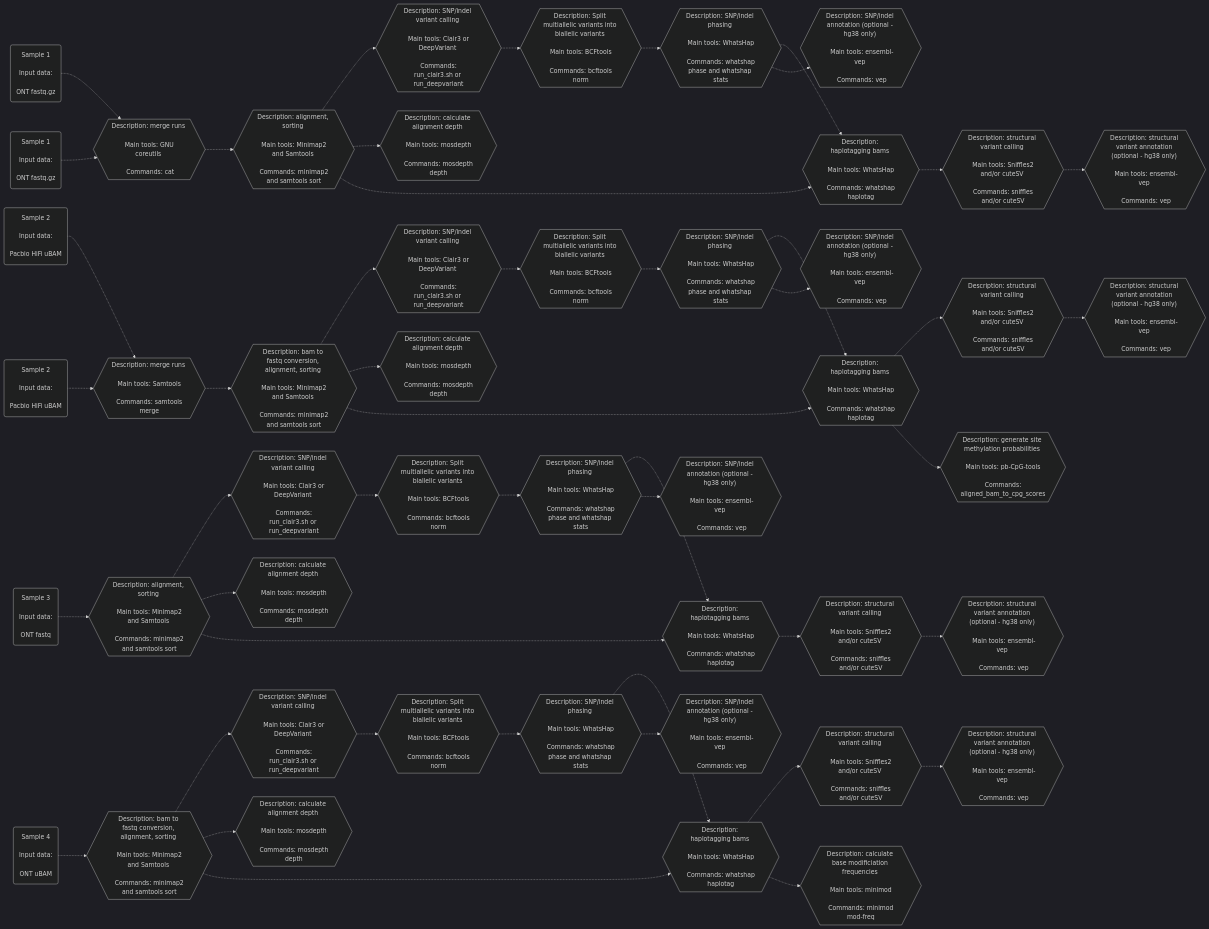
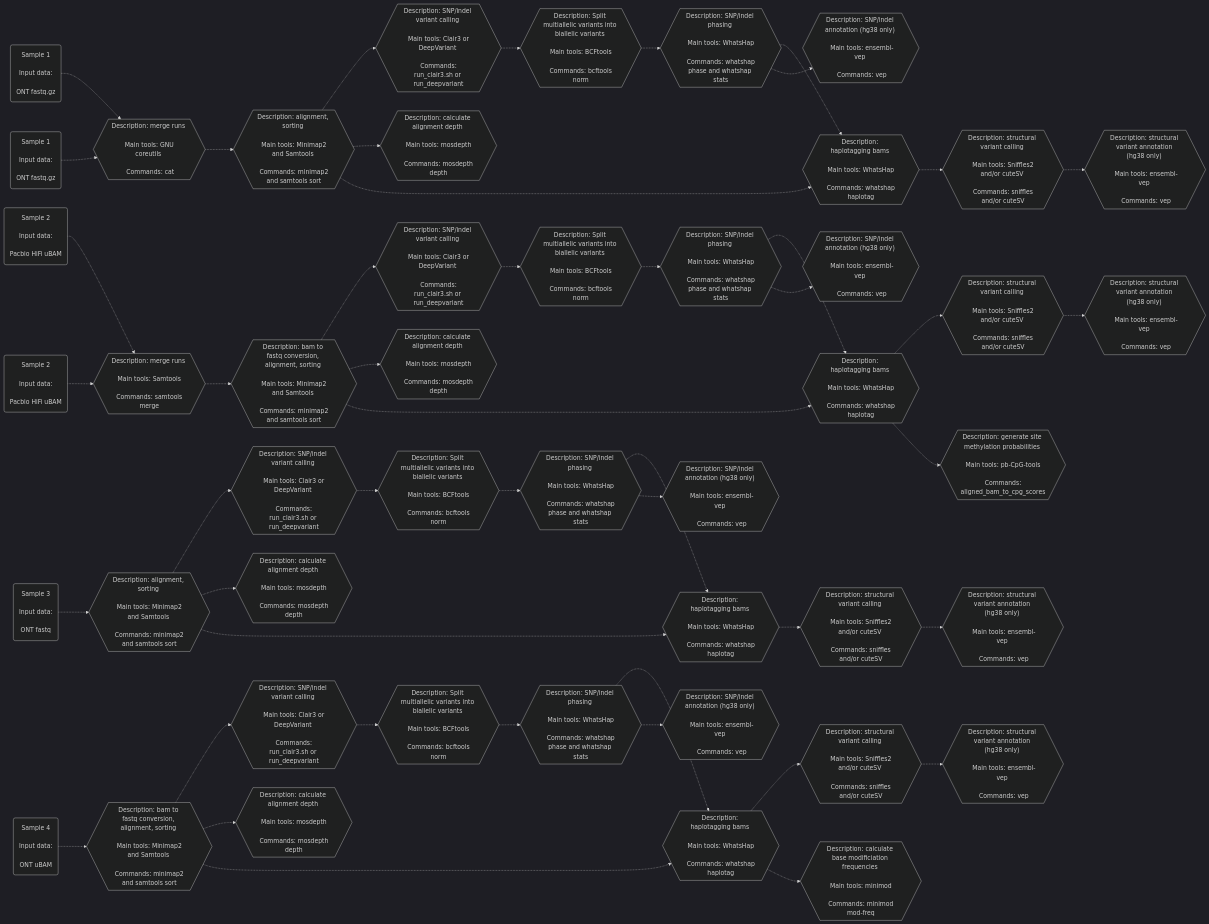
The third of 4 diagrams in README.md (leahkemp/pipeface), drawn with Mermaid before and after one commit. The commit also changed other lines of this file, not shown here.

```diff
--- a/README.md
+++ b/README.md
@@ -122,10 +122,10 @@
 snp_indel_phasing_s3{{"Description: SNP/indel phasing <br><br> Main tools: WhatsHap <br><br> Commands: whatshap phase and whatshap stats"}}
 snp_indel_phasing_s4{{"Description: SNP/indel phasing <br><br> Main tools: WhatsHap <br><br> Commands: whatshap phase and whatshap stats"}}
 
-snp_indel_annotation_s1{{"Description: SNP/indel annotation (optional - hg38 only)" <br><br> Main tools: ensembl-vep <br><br> Commands: vep}}
-snp_indel_annotation_s2{{"Description: SNP/indel annotation (optional - hg38 only)" <br><br> Main tools: ensembl-vep <br><br> Commands: vep}}
-snp_indel_annotation_s3{{"Description: SNP/indel annotation (optional - hg38 only)" <br><br> Main tools: ensembl-vep <br><br> Commands: vep}}
-snp_indel_annotation_s4{{"Description: SNP/indel annotation (optional - hg38 only)" <br><br> Main tools: ensembl-vep <br><br> Commands: vep}}
+snp_indel_annotation_s1{{"Description: SNP/indel annotation (hg38 only)" <br><br> Main tools: ensembl-vep <br><br> Commands: vep}}
+snp_indel_annotation_s2{{"Description: SNP/indel annotation (hg38 only)" <br><br> Main tools: ensembl-vep <br><br> Commands: vep}}
+snp_indel_annotation_s3{{"Description: SNP/indel annotation (hg38 only)" <br><br> Main tools: ensembl-vep <br><br> Commands: vep}}
+snp_indel_annotation_s4{{"Description: SNP/indel annotation (hg38 only)" <br><br> Main tools: ensembl-vep <br><br> Commands: vep}}
 
 haplotagging_s1{{"Description: haplotagging bams <br><br> Main tools: WhatsHap <br><br> Commands: whatshap haplotag"}}
 haplotagging_s2{{"Description: haplotagging bams <br><br> Main tools: WhatsHap <br><br> Commands: whatshap haplotag"}}
@@ -140,10 +140,10 @@
 sv_calling_s3{{"Description: structural variant calling <br><br> Main tools: Sniffles2 and/or cuteSV <br><br> Commands: sniffles and/or cuteSV"}}
 sv_calling_s4{{"Description: structural variant calling <br><br> Main tools: Sniffles2 and/or cuteSV <br><br> Commands: sniffles and/or cuteSV"}}
 
-sv_annotation_s1{{"Description: structural variant annotation (optional - hg38 only)" <br><br> Main tools: ensembl-vep <br><br> Commands: vep}}
-sv_annotation_s2{{"Description: structural variant annotation (optional - hg38 only)" <br><br> Main tools: ensembl-vep <br><br> Commands: vep}}
-sv_annotation_s3{{"Description: structural variant annotation (optional - hg38 only)" <br><br> Main tools: ensembl-vep <br><br> Commands: vep}}
-sv_annotation_s4{{"Description: structural variant annotation (optional - hg38 only)" <br><br> Main tools: ensembl-vep <br><br> Commands: vep}}
+sv_annotation_s1{{"Description: structural variant annotation (hg38 only)" <br><br> Main tools: ensembl-vep <br><br> Commands: vep}}
+sv_annotation_s2{{"Description: structural variant annotation (hg38 only)" <br><br> Main tools: ensembl-vep <br><br> Commands: vep}}
+sv_annotation_s3{{"Description: structural variant annotation (hg38 only)" <br><br> Main tools: ensembl-vep <br><br> Commands: vep}}
+sv_annotation_s4{{"Description: structural variant annotation (hg38 only)" <br><br> Main tools: ensembl-vep <br><br> Commands: vep}}
 
 ont_data_f1-.->merging_m1-.->alignment_s1-.->snp_indel_calling_s1-.->split_multiallele_s1-.->snp_indel_phasing_s1-.->haplotagging_s1-.->sv_calling_s1
 ont_data_f2-.->merging_m1
```
